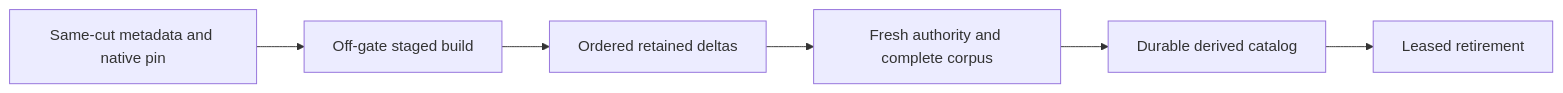
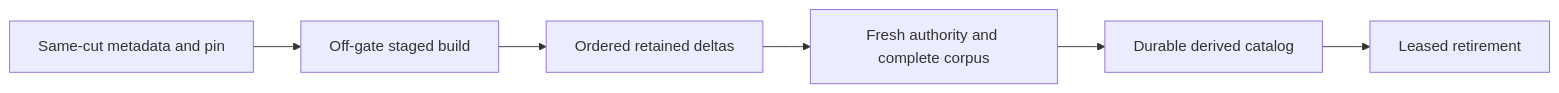
One commit to managedcode/KeyLoad changed the second of 2 diagrams in docs/Features/Search/OnlineGenerationLifetime.md. Above: the diagram before and after it, drawn with Mermaid. The commit also changed other lines of this file and 9016 other files, not shown here.

````diff
--- a/docs/Features/Search/OnlineGenerationLifetime.md
+++ b/docs/Features/Search/OnlineGenerationLifetime.md
@@ -42,8 +42,8 @@
 ```mermaid
 flowchart LR
-  Cut[Same-cut metadata and native pin] --> Build[Off-gate staged build]
+  Cut[Same-cut metadata and pin] --> Build[Off-gate staged build]
   Build --> Delta[Ordered retained deltas]
   Delta --> Validate[Fresh authority and complete corpus]
   Validate --> Catalog[Durable derived catalog]
   Catalog --> Retire[Leased retirement]
 ```
````
